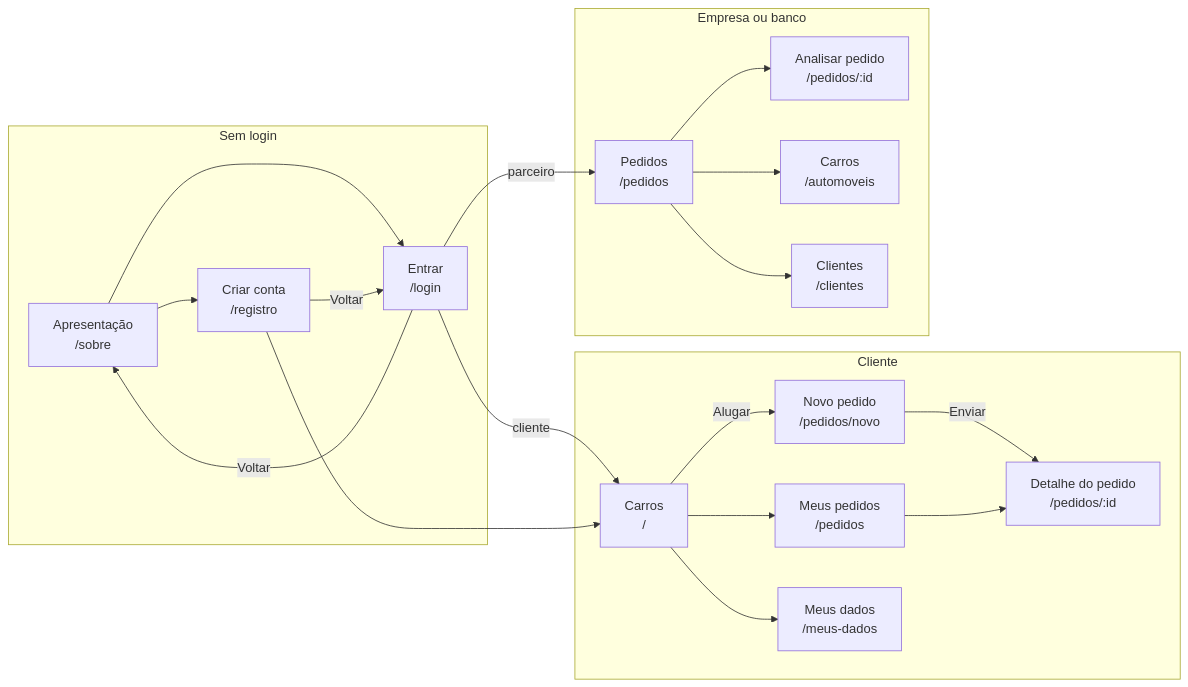
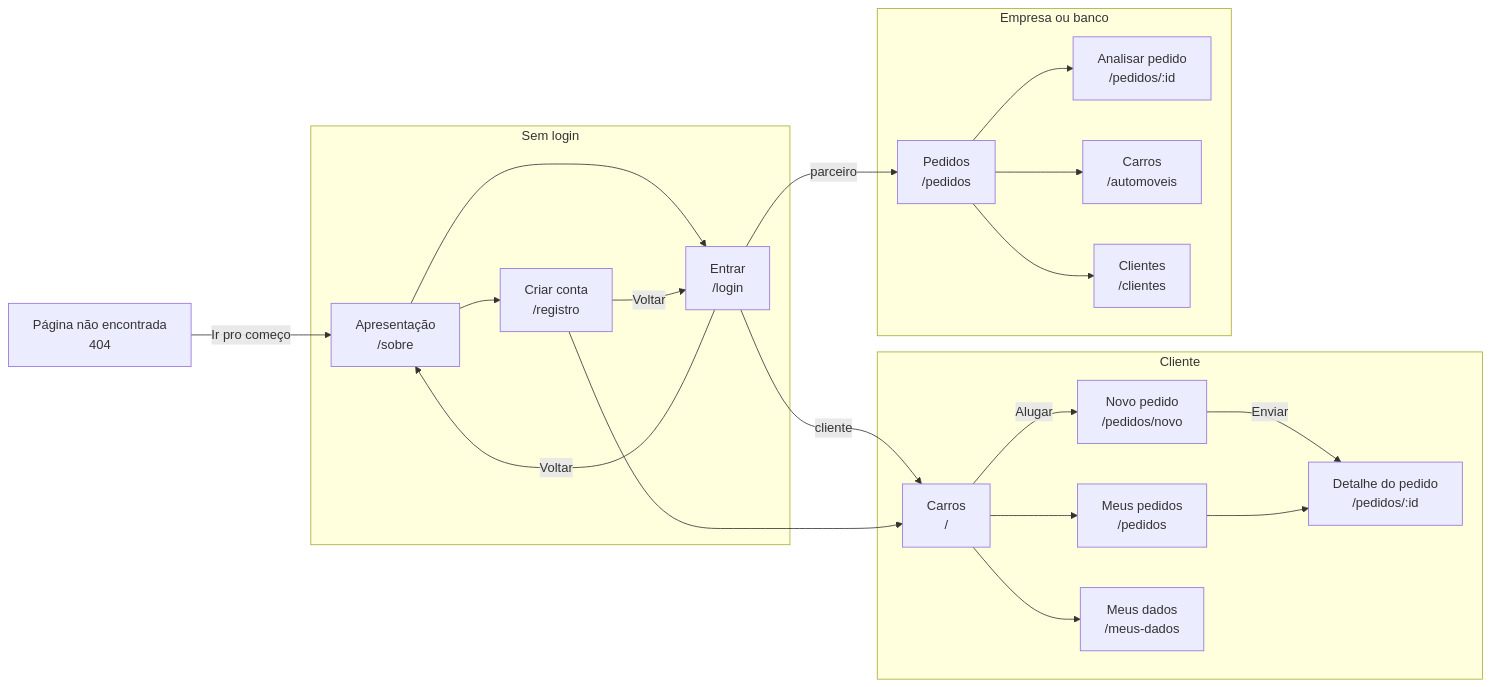
Before and after one commit to christiano-gonara/AluguelCarro: the first of 2 diagrams in docs/fluxos/04-mapa-de-telas.md, drawn with Mermaid. The commit also changed 31 other files, not shown here.

````diff
--- a/docs/fluxos/04-mapa-de-telas.md
+++ b/docs/fluxos/04-mapa-de-telas.md
@@ -5,41 +5,43 @@
 ```mermaid
 flowchart LR
     subgraph Publico["Sem login"]
         SOBRE[Apresentação<br/>/sobre]
         LOGIN[Entrar<br/>/login]
         REG[Criar conta<br/>/registro]
     end
 
     subgraph Cliente["Cliente"]
         CAT[Carros<br/>/]
         NOVO[Novo pedido<br/>/pedidos/novo]
         PED[Meus pedidos<br/>/pedidos]
         DET[Detalhe do pedido<br/>/pedidos/:id]
         DADOS[Meus dados<br/>/meus-dados]
     end
 
     subgraph Parceiro["Empresa ou banco"]
         APED[Pedidos<br/>/pedidos]
         AVAL[Analisar pedido<br/>/pedidos/:id]
         CARROS[Carros<br/>/automoveis]
         CLI[Clientes<br/>/clientes]
     end
 
     SOBRE --> LOGIN
     SOBRE --> REG
     LOGIN -- Voltar --> SOBRE
     REG -- Voltar --> LOGIN
     LOGIN -- cliente --> CAT
     REG --> CAT
     LOGIN -- parceiro --> APED
 
     CAT -- Alugar --> NOVO
     NOVO -- Enviar --> DET
     PED --> DET
     CAT --> PED
     CAT --> DADOS
 
     APED --> AVAL
     APED --> CARROS
     APED --> CLI
+
+    X[Página não encontrada<br/>404] -- Ir pro começo --> SOBRE
 ```
````
